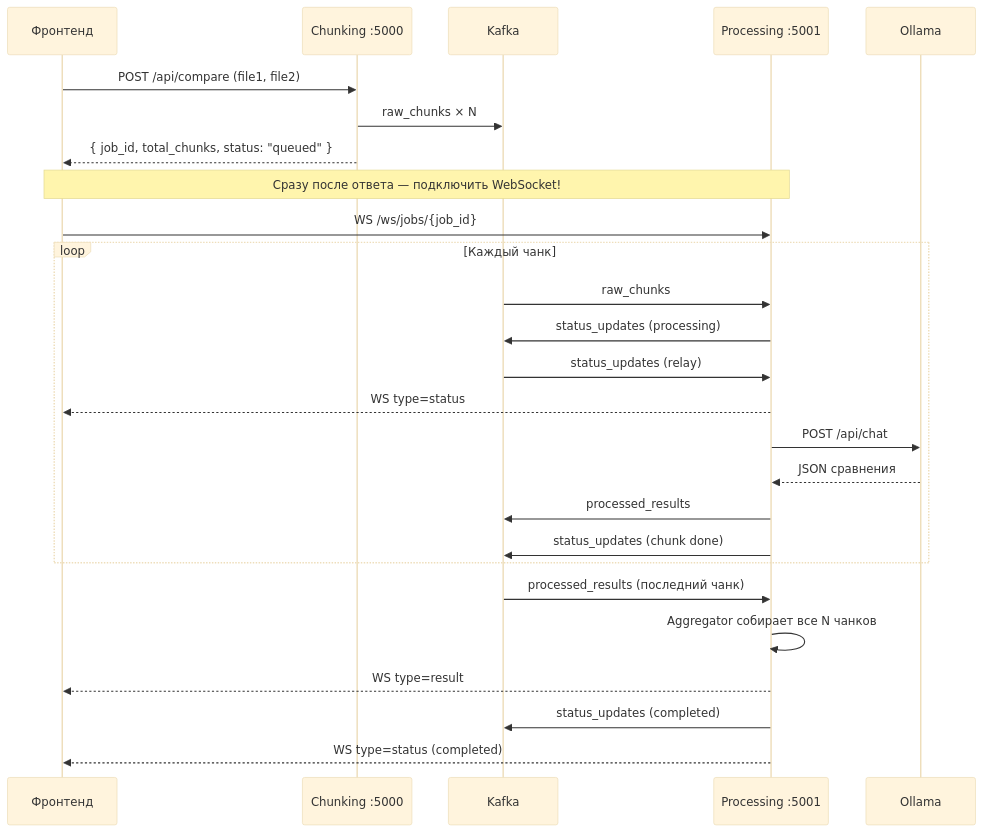
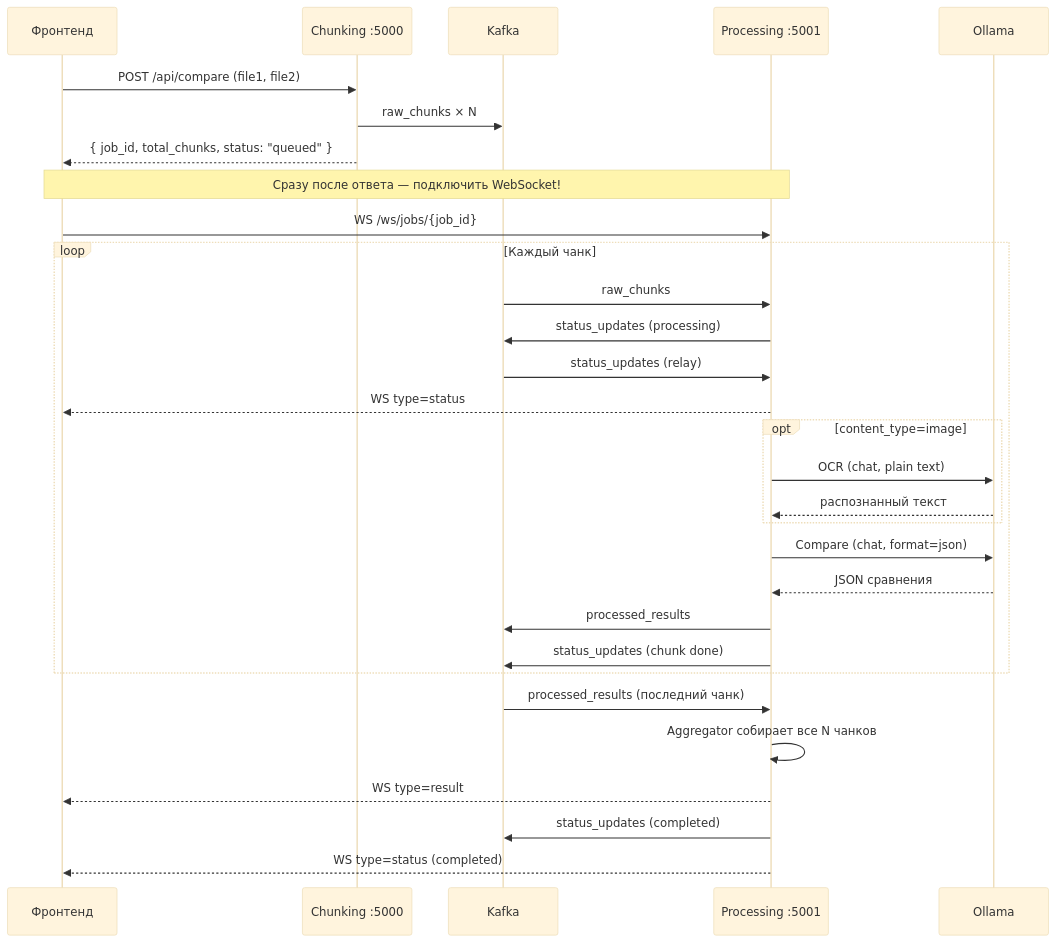
The diagram in message-flow.md (7kooter1st/Processing-Aggregator), drawn with Mermaid (base theme) before and after one commit. The commit also changed other lines of this file and 14 other files, not shown here.

````diff
--- a/message-flow.md
+++ b/message-flow.md
@@ -25,32 +25,36 @@
 ```mermaid
 sequenceDiagram
     participant F as Фронтенд
     participant C as Chunking :5000
     participant K as Kafka
     participant P as Processing :5001
     participant O as Ollama
 
     F->>C: POST /api/compare (file1, file2)
     C->>K: raw_chunks × N
     C-->>F: { job_id, total_chunks, status: "queued" }
 
     Note over F,P: Сразу после ответа — подключить WebSocket!
     F->>P: WS /ws/jobs/{job_id}
 
     loop Каждый чанк
         K->>P: raw_chunks
         P->>K: status_updates (processing)
         K->>P: status_updates (relay)
         P-->>F: WS type=status
-        P->>O: POST /api/chat
+        opt content_type=image
+            P->>O: OCR (chat, plain text)
+            O-->>P: распознанный текст
+        end
+        P->>O: Compare (chat, format=json)
         O-->>P: JSON сравнения
         P->>K: processed_results
         P->>K: status_updates (chunk done)
     end
 
     K->>P: processed_results (последний чанк)
     P->>P: Aggregator собирает все N чанков
     P-->>F: WS type=result
     P->>K: status_updates (completed)
     P-->>F: WS type=status (completed)
 ```
````
